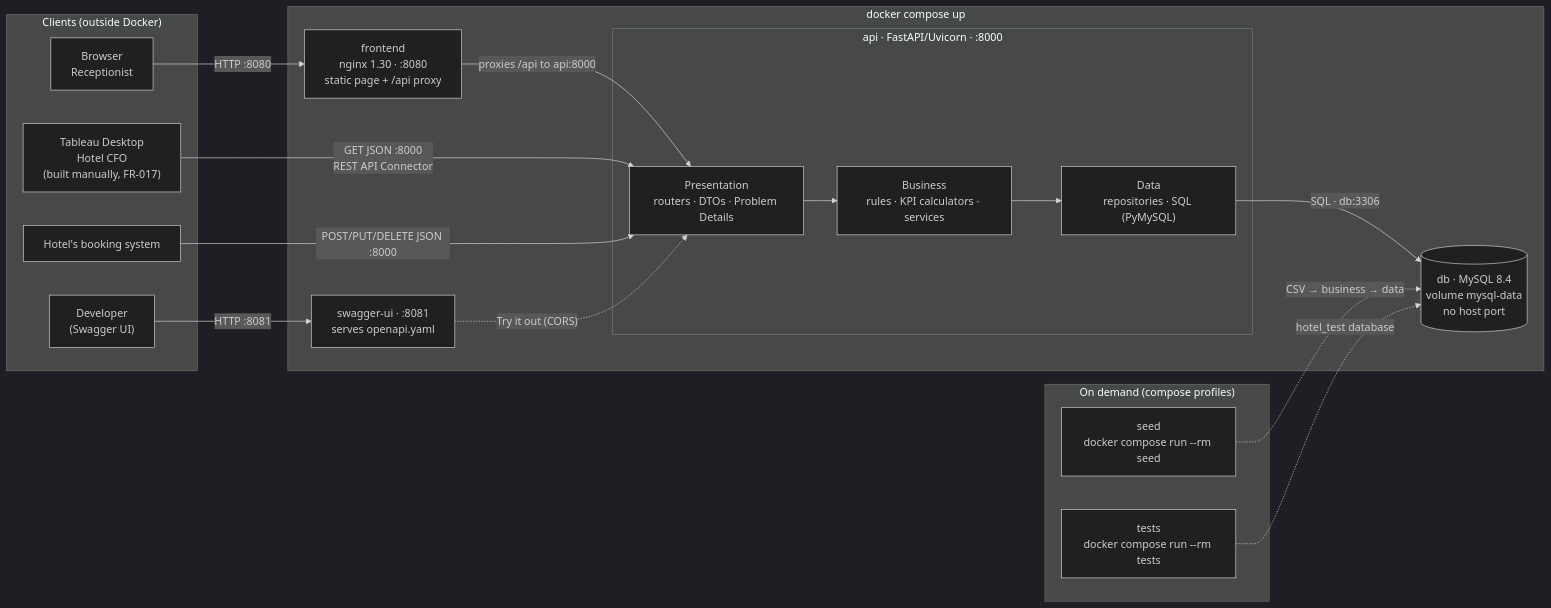
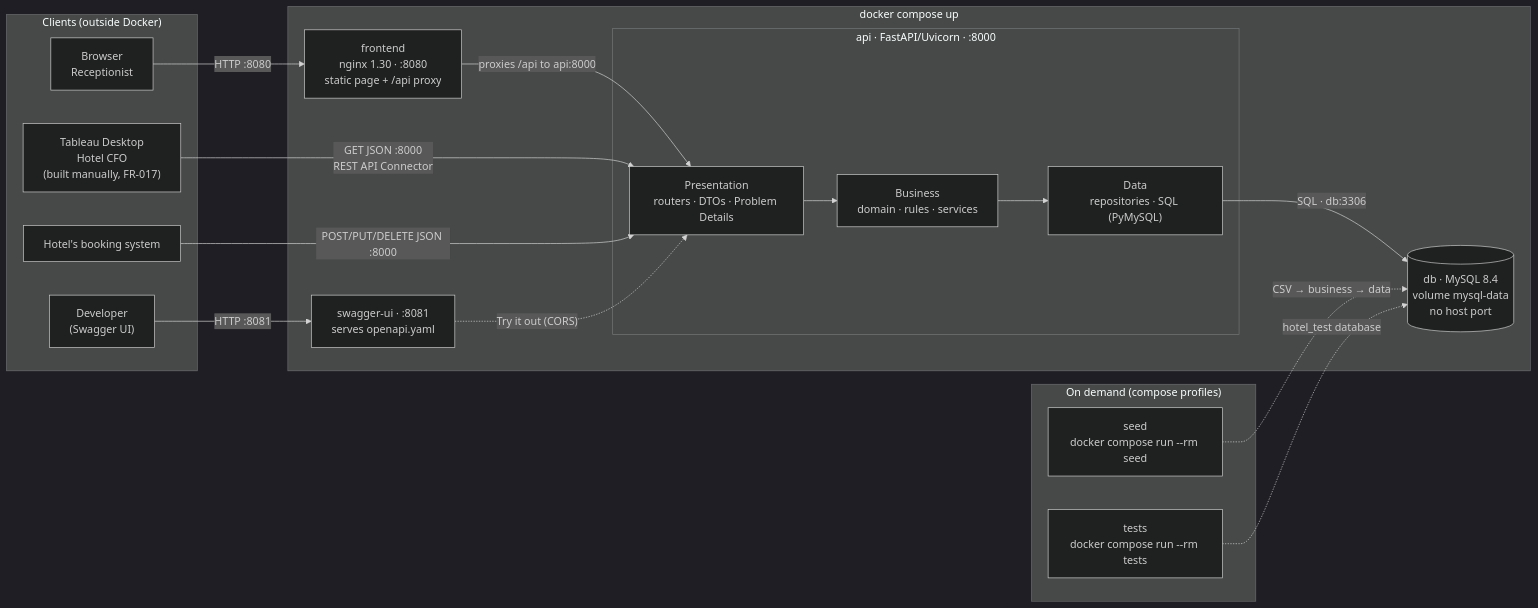
One commit to Hunder222/Hotel-Kong-Arthur changed the diagram in README.md. Above: the diagram before and after it, drawn with Mermaid (dark theme). The commit also changed other lines of this file and 64 other files, not shown here.

````diff
--- a/README.md
+++ b/README.md
@@ -41,36 +42,36 @@
 ```mermaid
 flowchart LR
     subgraph Clients["Clients (outside Docker)"]
         BROWSER["Browser<br/>Receptionist"]
         TABLEAU["Tableau Desktop<br/>Hotel CFO<br/>(built manually, FR-017)"]
         HOTELSYS["Hotel's booking system"]
         DEV["Developer<br/>(Swagger UI)"]
     end
 
     subgraph Compose["docker compose up"]
         FE["frontend<br/>nginx 1.30 · :8080<br/>static page + /api proxy"]
         SW["swagger-ui · :8081<br/>serves openapi.yaml"]
         subgraph API["api · FastAPI/Uvicorn · :8000"]
             P["Presentation<br/>routers · DTOs · Problem Details"]
-            B["Business<br/>rules · KPI calculators · services"]
+            B["Business<br/>domain · rules · services"]
             D["Data<br/>repositories · SQL (PyMySQL)"]
             P --> B --> D
         end
         DB[("db · MySQL 8.4<br/>volume mysql-data<br/>no host port")]
     end
 
     subgraph Tools["On demand (compose profiles)"]
         SEED["seed<br/>docker compose run --rm seed"]
         TESTS["tests<br/>docker compose run --rm tests"]
     end
 
     BROWSER -->|"HTTP :8080"| FE
     FE -->|"proxies /api to api:8000"| P
     TABLEAU -->|"GET JSON :8000<br/>REST API Connector"| P
     HOTELSYS -->|"POST/PUT/DELETE JSON :8000"| P
     DEV -->|"HTTP :8081"| SW
     SW -.->|"Try it out (CORS)"| P
     D -->|"SQL · db:3306"| DB
     SEED -.->|"CSV → business → data"| DB
     TESTS -.->|"hotel_test database"| DB
 ```
````
